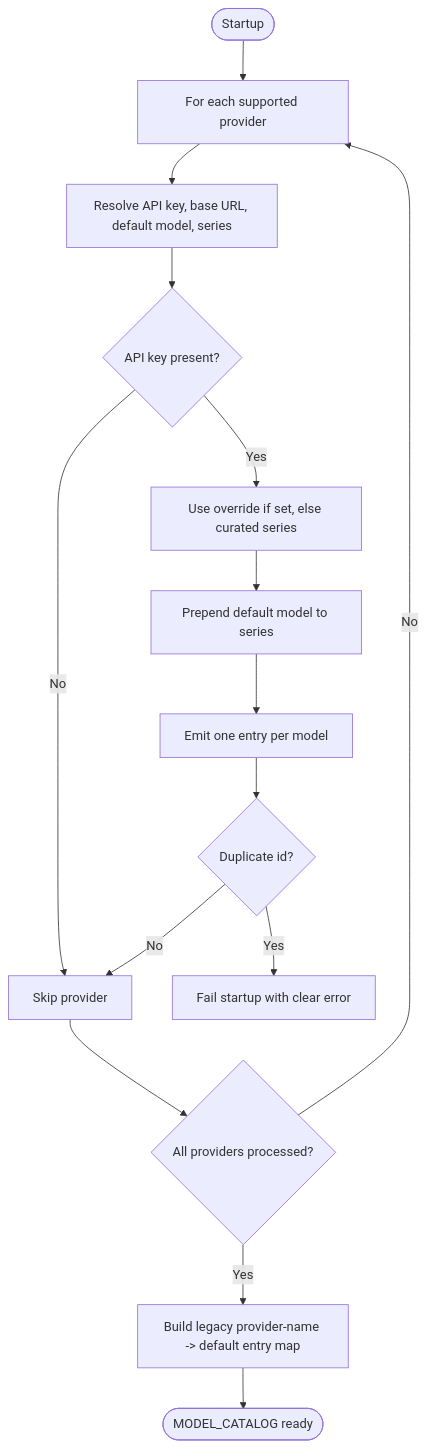
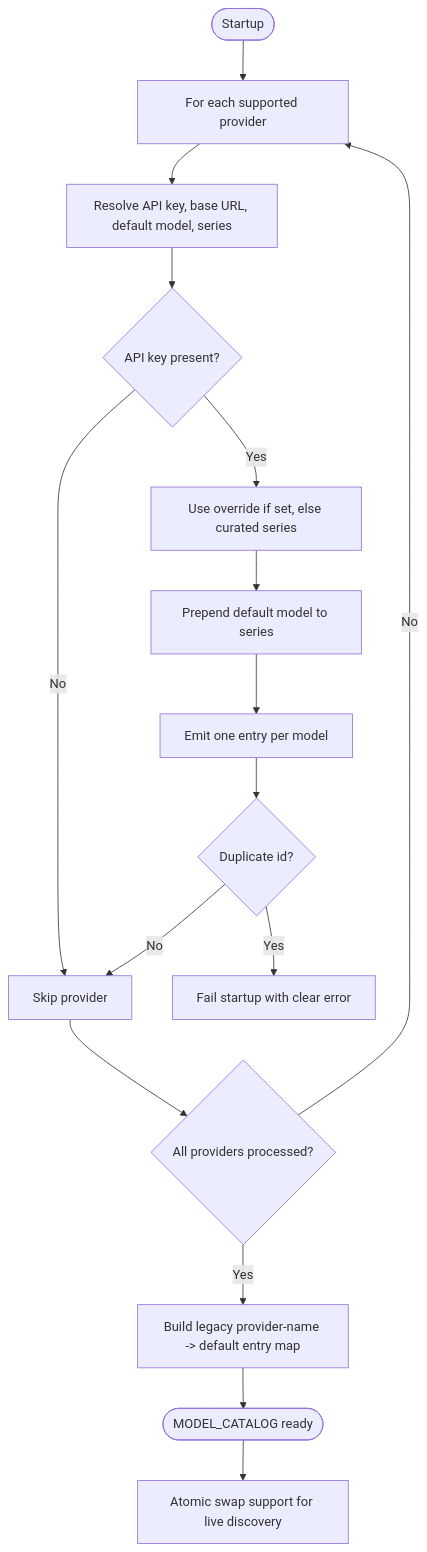
The fourth of 8 diagrams in .qoder/repowiki/en/content/Architecture Documentation/SPEC-026_ Multi-Model Runtime Catalog.md (metasync/luban-aiops), drawn with Mermaid before and after one commit. The commit also changed other lines of this file and 7 other files, not shown here.

````diff
--- a/.qoder/repowiki/en/content/Architecture Documentation/SPEC-026_ Multi-Model Runtime Catalog.md
+++ b/.qoder/repowiki/en/content/Architecture Documentation/SPEC-026_ Multi-Model Runtime Catalog.md
@@ -211,17 +276,18 @@
 ```mermaid
 flowchart TD
 Start(["Startup"]) --> Iterate["For each supported provider"]
 Iterate --> Resolve["Resolve API key, base URL, default model, series"]
 Resolve --> HasKey{"API key present?"}
 HasKey -- No --> NextProv["Skip provider"]
 HasKey -- Yes --> BuildSeries["Use override if set, else curated series"]
 BuildSeries --> ForceDefault["Prepend default model to series"]
 ForceDefault --> EmitEntries["Emit one entry per model"]
 EmitEntries --> CheckDupes{"Duplicate id?"}
 CheckDupes -- Yes --> Fail["Fail startup with clear error"]
 CheckDupes -- No --> NextProv
 NextProv --> Done{"All providers processed?"}
 Done -- No --> Iterate
 Done -- Yes --> AliasMap["Build legacy provider-name -> default entry map"]
 AliasMap --> Ready(["MODEL_CATALOG ready"])
+Ready --> SwapSupport["Atomic swap support for live discovery"]
 ```
````
